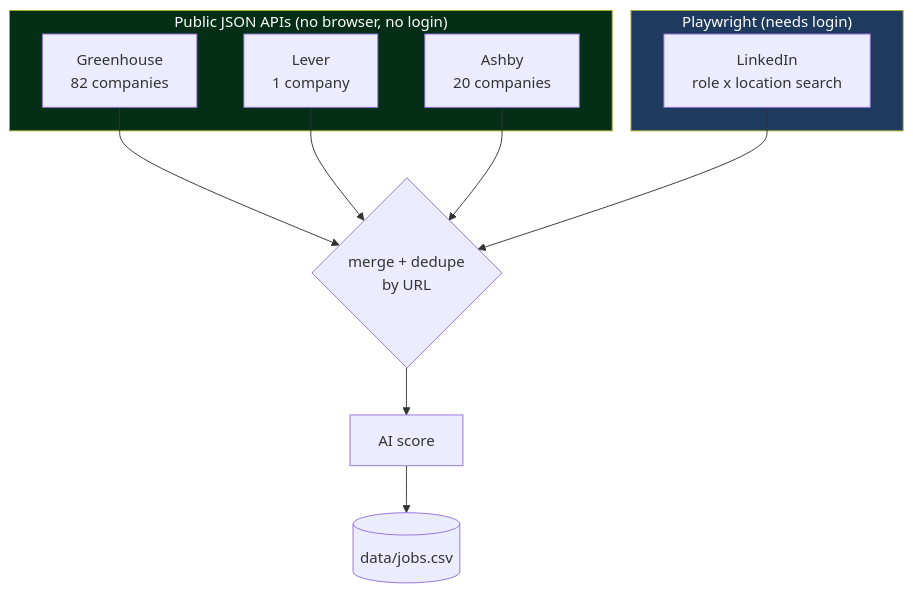
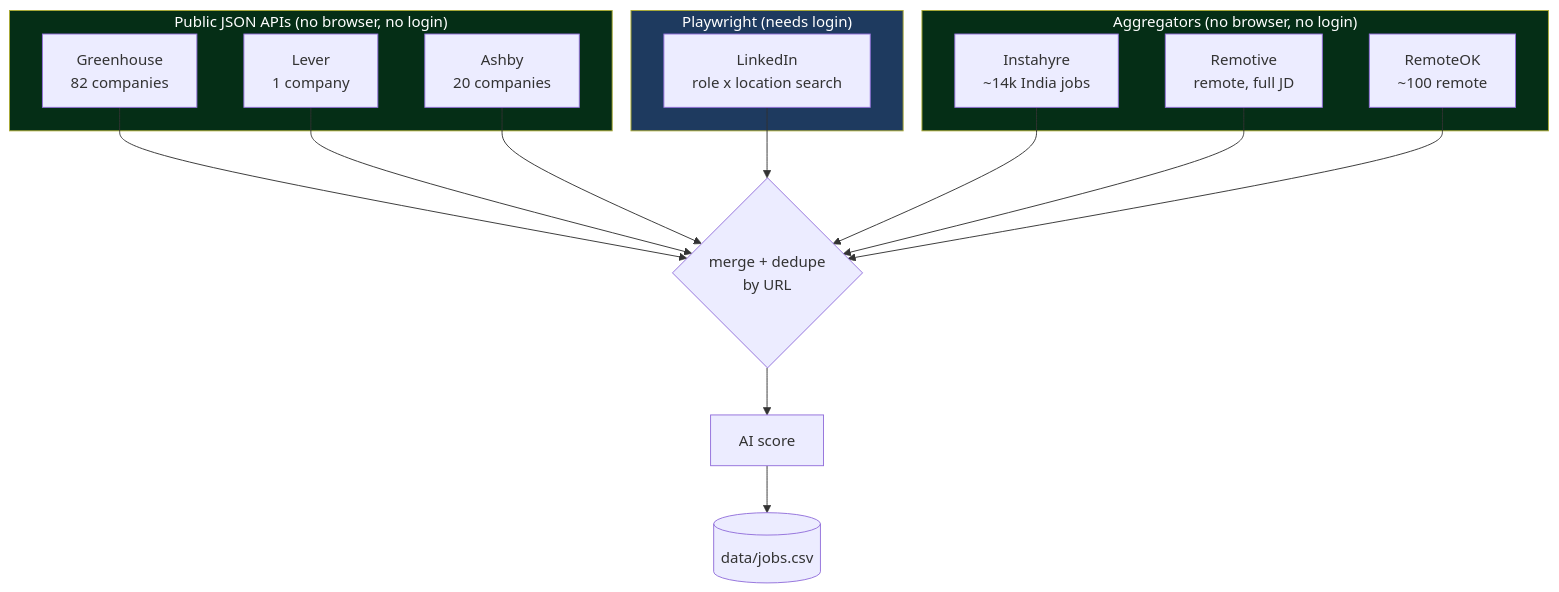
One commit to raianiket/job-autopilot changed the second of 4 diagrams in README.md. Above: the diagram before and after it, drawn with Mermaid. The commit also changed other lines of this file and 1 other file, not shown here.

First line of the commit message:
Sync README and ARCHITECTURE.md with the current codebase

````diff
--- a/README.md
+++ b/README.md
@@ -47,21 +49,32 @@
 ```mermaid
 flowchart TB
   subgraph HTTP["Public JSON APIs (no browser, no login)"]
     GH["Greenhouse<br/>82 companies"]
     LV["Lever<br/>1 company"]
     ASH["Ashby<br/>20 companies"]
   end
 
   subgraph BROWSER["Playwright (needs login)"]
     LI["LinkedIn<br/>role x location search"]
   end
 
+  subgraph AGG["Aggregators (no browser, no login)"]
+    IH["Instahyre<br/>~14k India jobs"]
+    RM["Remotive<br/>remote, full JD"]
+    RO["RemoteOK<br/>~100 remote"]
+  end
+
   GH --> M{merge + dedupe<br/>by URL}
   LV --> M
   ASH --> M
   LI --> M
+  IH --> M
+  RM --> M
+  RO --> M
   M --> SCORE[AI score] --> CSV[(data/jobs.csv)]
+
+  style AGG fill:#052e16,color:#fff
 
   style HTTP fill:#052e16,color:#fff
   style BROWSER fill:#1e3a5f,color:#fff
 ```
````
